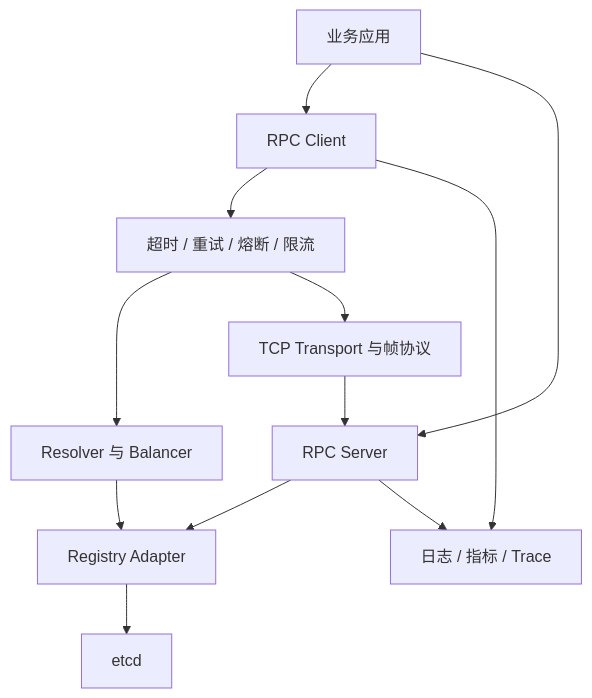
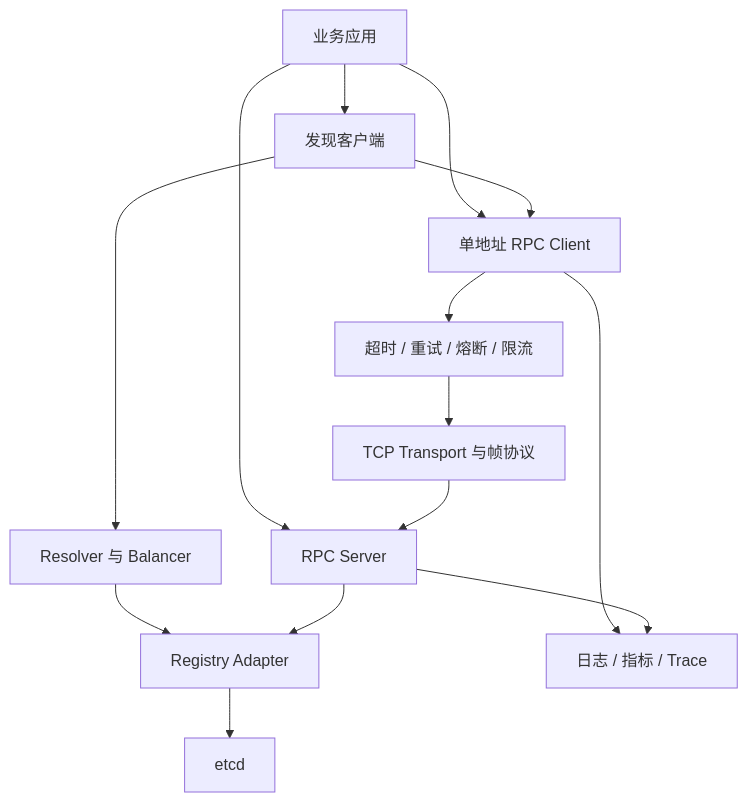
One commit to zjsycwmrbig/MiniRPC changed the diagram in docs/architecture.md. Above: the diagram before and after it, drawn with Mermaid. The commit also changed other lines of this file and 6 other files, not shown here.

```diff
--- a/docs/architecture.md
+++ b/docs/architecture.md
@@ -20,24 +20,27 @@
 ~~~mermaid
 flowchart TB
     App[业务应用]
-    Client[RPC Client]
+    Client[单地址 RPC Client]
+    Discovery[发现客户端]
     Server[RPC Server]
     Resolver[Resolver 与 Balancer]
     Registry[Registry Adapter]
     Etcd[etcd]
     Governance[超时 / 重试 / 熔断 / 限流]
     Transport[TCP Transport 与帧协议]
     Observe[日志 / 指标 / Trace]
 
     App --> Client
+    App --> Discovery
     App --> Server
+    Discovery --> Resolver
+    Discovery --> Client
     Client --> Governance
-    Governance --> Resolver
     Resolver --> Registry
     Registry --> Etcd
     Governance --> Transport
     Transport --> Server
     Server --> Registry
     Client --> Observe
     Server --> Observe
 ~~~
```
